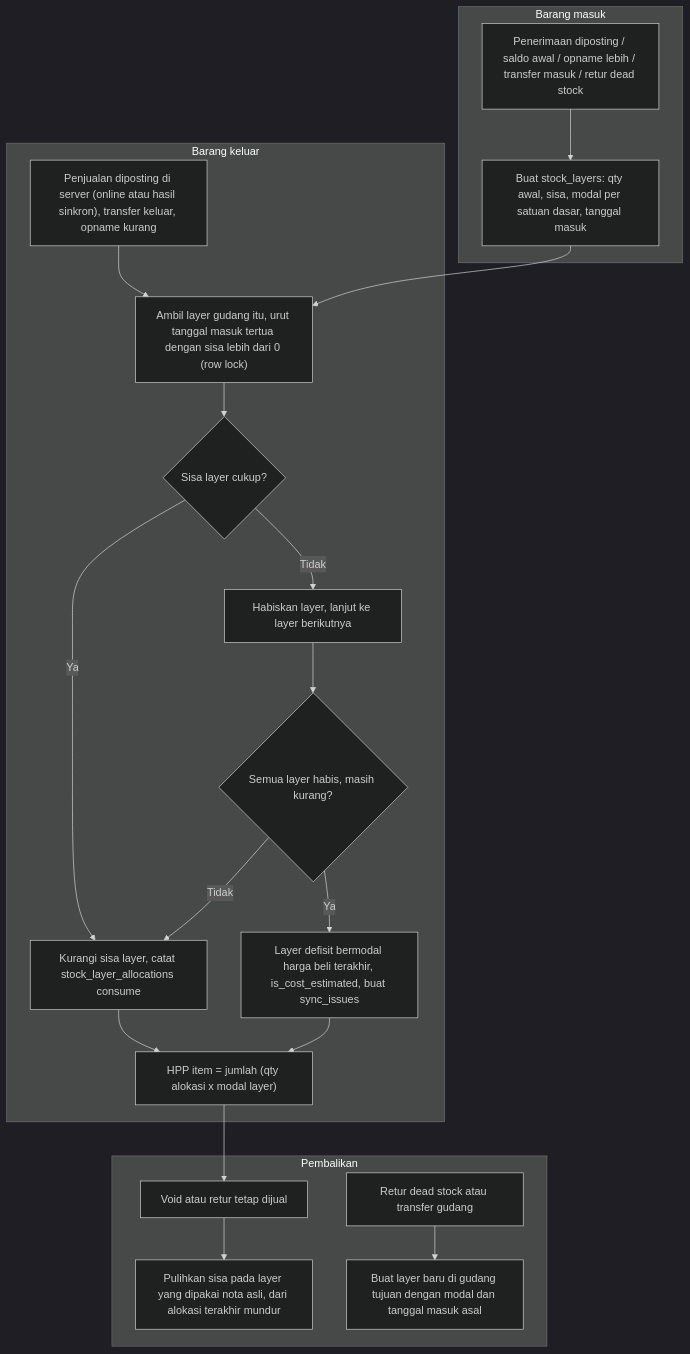
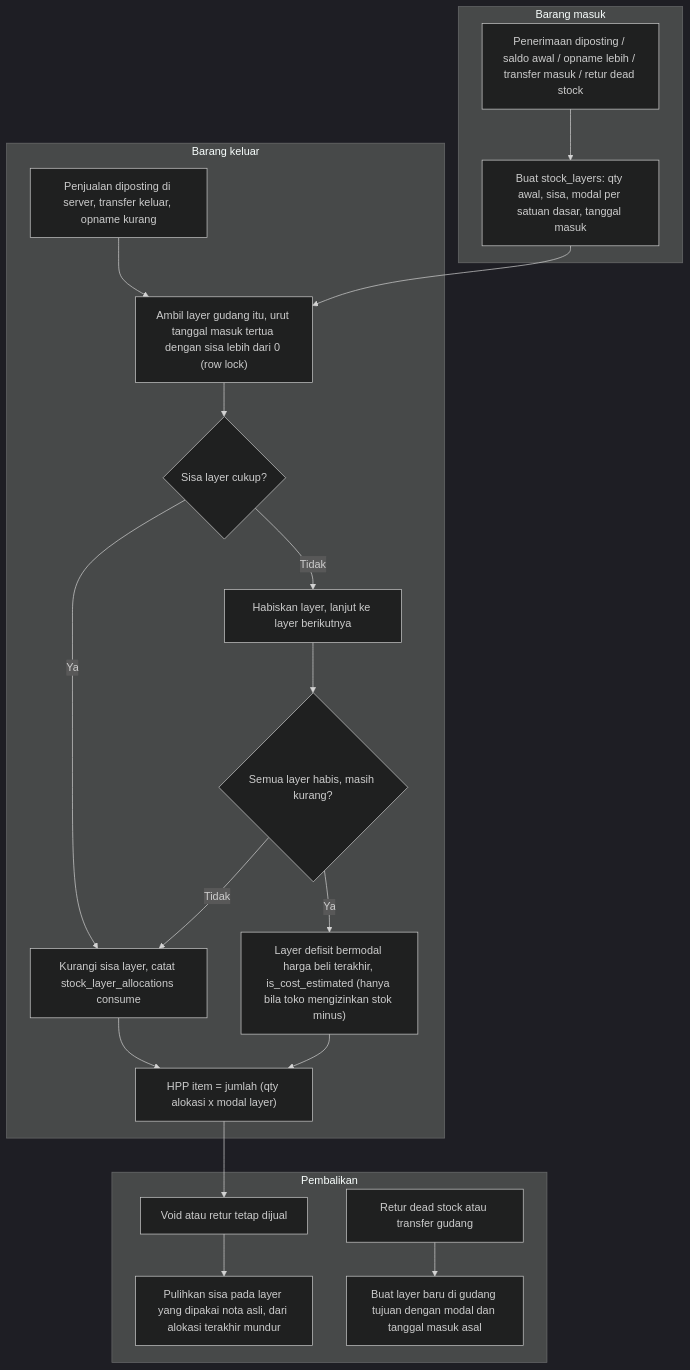
Before and after one commit to aliefpraditya/store-management: diagram 15 of 30 in docs/analisis-sistem.md, drawn with Mermaid (dark theme). The commit also changed other lines of this file and 13 other files, not shown here.

First line of the commit message:
Redesign wireframe and diagrams for R1, split R2, add PDFs

````diff
--- a/docs/analisis-sistem.md
+++ b/docs/analisis-sistem.md
@@ -838,23 +812,23 @@
 ```mermaid
 flowchart TD
     subgraph IN["Barang masuk"]
         I1["Penerimaan diposting / saldo awal / opname lebih / transfer masuk / retur dead stock"] --> I2["Buat stock_layers: qty awal, sisa, modal per satuan dasar, tanggal masuk"]
     end
     subgraph OUT["Barang keluar"]
-        O1["Penjualan diposting di server (online atau hasil sinkron), transfer keluar, opname kurang"] --> O2["Ambil layer gudang itu, urut tanggal masuk tertua dengan sisa lebih dari 0 (row lock)"]
+        O1["Penjualan diposting di server, transfer keluar, opname kurang"] --> O2["Ambil layer gudang itu, urut tanggal masuk tertua dengan sisa lebih dari 0 (row lock)"]
         O2 --> O3{"Sisa layer cukup?"}
         O3 -->|"Ya"| O4["Kurangi sisa layer, catat stock_layer_allocations consume"]
         O3 -->|"Tidak"| O5["Habiskan layer, lanjut ke layer berikutnya"]
         O5 --> O7{"Semua layer habis, masih kurang?"}
-        O7 -->|"Ya"| O8["Layer defisit bermodal harga beli terakhir, is_cost_estimated, buat sync_issues"]
+        O7 -->|"Ya"| O8["Layer defisit bermodal harga beli terakhir, is_cost_estimated (hanya bila toko mengizinkan stok minus)"]
         O7 -->|"Tidak"| O4
         O4 --> O6["HPP item = jumlah (qty alokasi x modal layer)"]
         O8 --> O6
     end
     subgraph REV["Pembalikan"]
         R1["Void atau retur tetap dijual"] --> R2["Pulihkan sisa pada layer yang dipakai nota asli, dari alokasi terakhir mundur"]
         R3["Retur dead stock atau transfer gudang"] --> R4["Buat layer baru di gudang tujuan dengan modal dan tanggal masuk asal"]
     end
     I2 --> O2
     O6 --> R1
 ```
````
